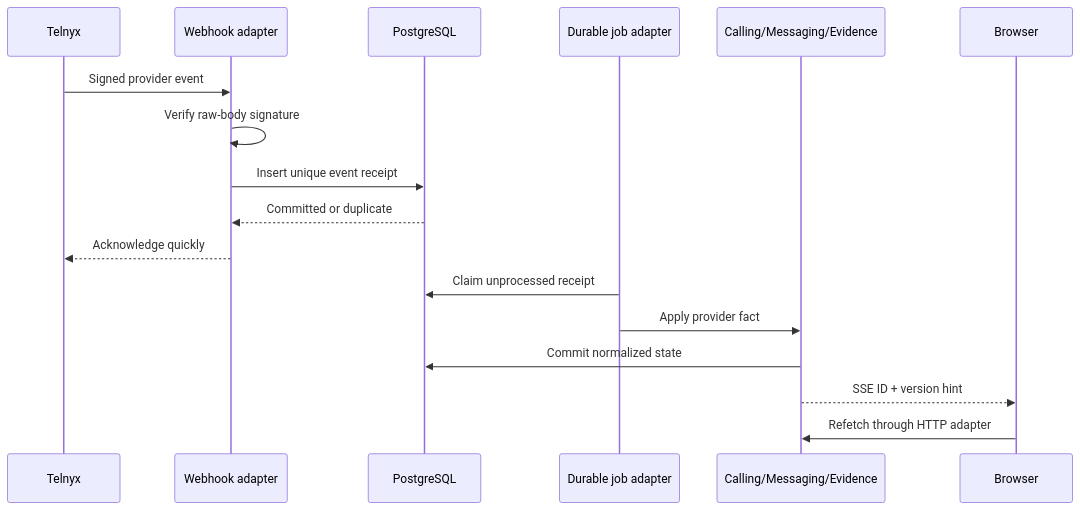
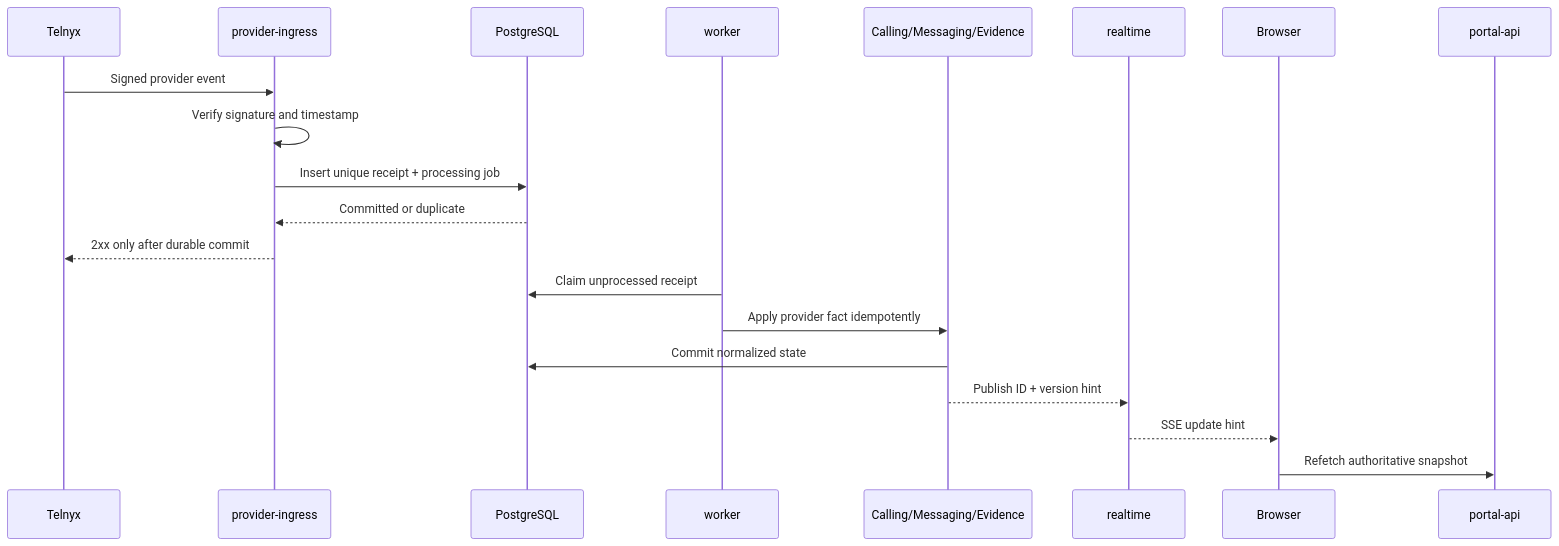
Before and after one commit to chasef07/acuity_product: the seventh of 7 diagrams in docs/architecture/overview.md, drawn with Mermaid. The commit also changed other lines of this file and 2 other files, not shown here.

Commit message:
docs: harden production architecture

````diff
--- a/docs/architecture/overview.md
+++ b/docs/architecture/overview.md
@@ -224,20 +310,23 @@
 ```mermaid
 sequenceDiagram
     participant Telnyx
-    participant Webhook as Webhook adapter
+    participant Ingress as provider-ingress
     participant DB as PostgreSQL
-    participant Job as Durable job adapter
+    participant Worker as worker
     participant Module as Calling/Messaging/Evidence
+    participant Realtime as realtime
     participant Browser
+    participant API as portal-api
 
-    Telnyx->>Webhook: Signed provider event
-    Webhook->>Webhook: Verify raw-body signature
-    Webhook->>DB: Insert unique event receipt
-    DB-->>Webhook: Committed or duplicate
-    Webhook-->>Telnyx: Acknowledge quickly
-    Job->>DB: Claim unprocessed receipt
-    Job->>Module: Apply provider fact
+    Telnyx->>Ingress: Signed provider event
+    Ingress->>Ingress: Verify signature and timestamp
+    Ingress->>DB: Insert unique receipt + processing job
+    DB-->>Ingress: Committed or duplicate
+    Ingress-->>Telnyx: 2xx only after durable commit
+    Worker->>DB: Claim unprocessed receipt
+    Worker->>Module: Apply provider fact idempotently
     Module->>DB: Commit normalized state
-    Module-->>Browser: SSE ID + version hint
-    Browser->>Module: Refetch through HTTP adapter
+    Module-->>Realtime: Publish ID + version hint
+    Realtime-->>Browser: SSE update hint
+    Browser->>API: Refetch authoritative snapshot
 ```
````
